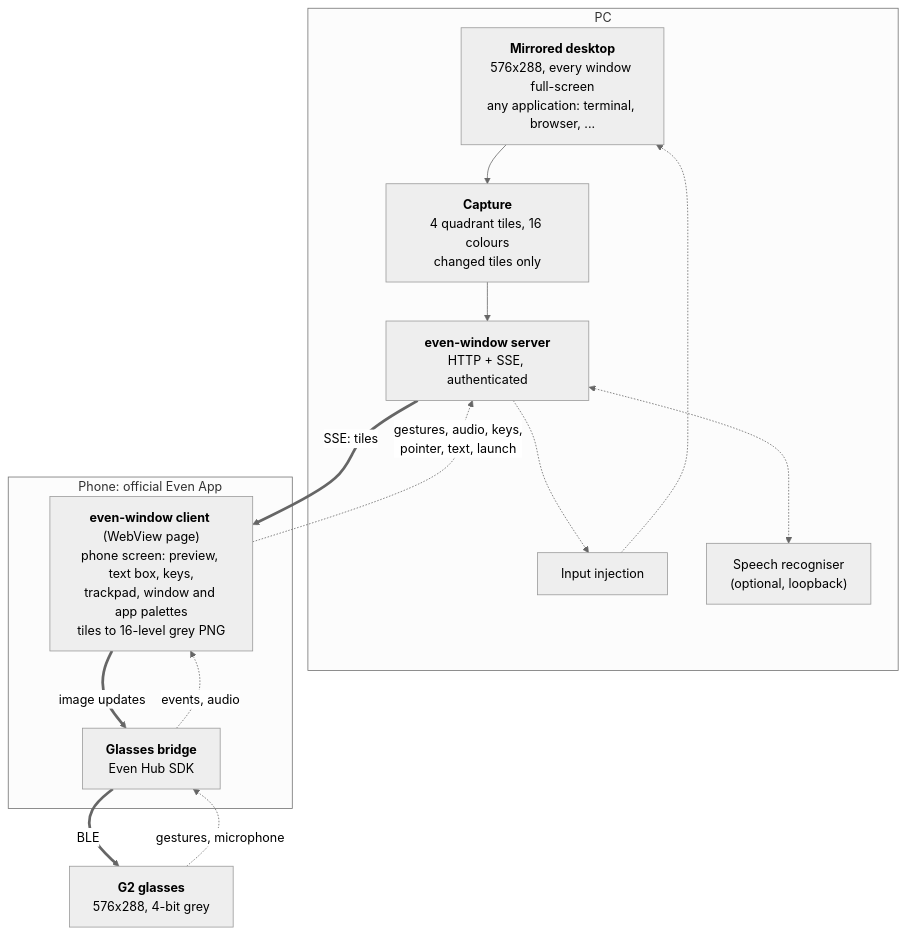
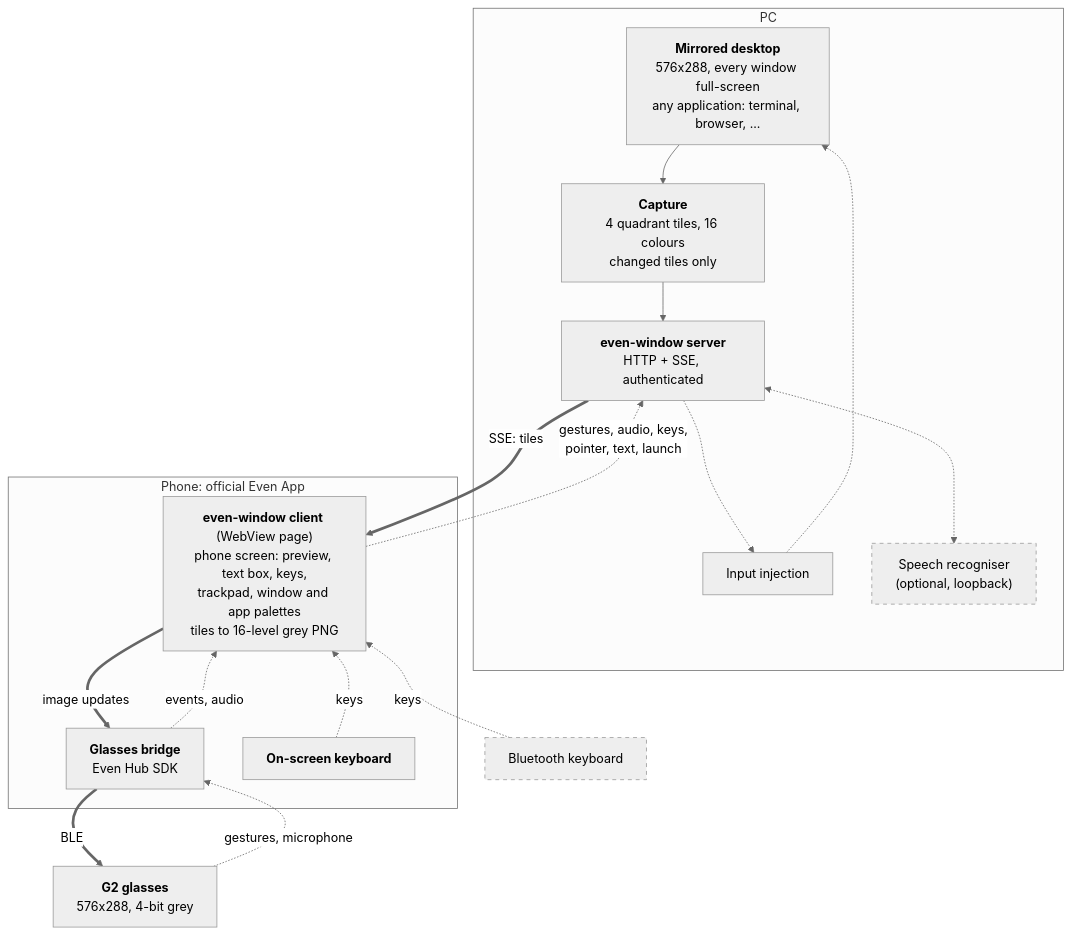
Before and after one commit to sunasaji/even-window: the diagram in README.md, drawn with Mermaid (neutral theme). The commit also changed 1 other file, not shown here.

Commit message:
docs: show the extra input paths in the overview diagram
Add the on-screen keyboard beside the glasses bridge and an optional
Bluetooth keyboard outside the phone, both feeding the client, so the
diagram shows how the phone strengthens the glasses' limited input.
Draw optional parts (Bluetooth keyboard, speech recogniser) with dashed
borders.

````diff
--- a/README.md
+++ b/README.md
@@ -29,25 +29,33 @@
 ```mermaid
 flowchart TB
   subgraph PC["PC"]
     X["<b>Mirrored desktop</b><br/>576x288, every window full-screen<br/>any application: terminal, browser, ..."]
     CAP["<b>Capture</b><br/>4 quadrant tiles, 16 colours<br/>changed tiles only"]
     SRV["<b>even-window server</b><br/>HTTP + SSE, authenticated"]
     INJ["Input injection"]
     STT["Speech recogniser<br/>(optional, loopback)"]
     X --> CAP --> SRV
     SRV -.-> INJ -.-> X
     SRV <-.-> STT
   end
   subgraph PHONE["Phone: official Even App"]
     CL["<b>even-window client</b> (WebView page)<br/>phone screen: preview, text box, keys,<br/>trackpad, window and app palettes<br/>tiles to 16-level grey PNG"]
     BR["<b>Glasses bridge</b><br/>Even Hub SDK"]
+    SK["<b>On-screen keyboard</b>"]
   end
   G2["<b>G2 glasses</b><br/>576x288, 4-bit grey"]
+  KB["Bluetooth keyboard"]
+  style KB stroke-dasharray: 5 5
+  style STT stroke-dasharray: 5 5
 
   SRV == "SSE: tiles" ==> CL
   CL == "image updates" ==> BR
   BR == "BLE" ==> G2
   G2 -. "gestures, microphone" .-> BR
   BR -. "events, audio" .-> CL
+  CL ~~~ SK
+  SK -. "keys" .-> CL
+  CL ~~~ KB
+  KB -. "keys" .-> CL
   CL -. "gestures, audio, keys,<br/>pointer, text, launch" .-> SRV
 ```
````
